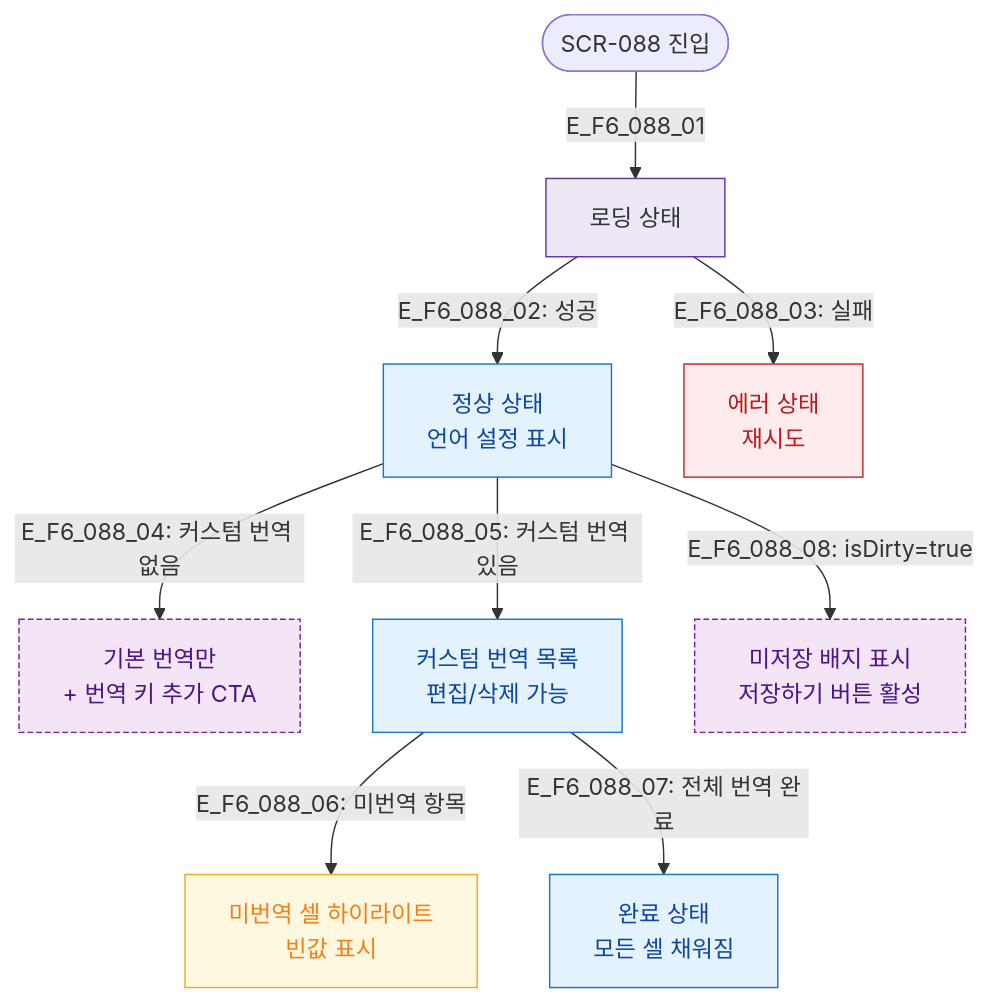
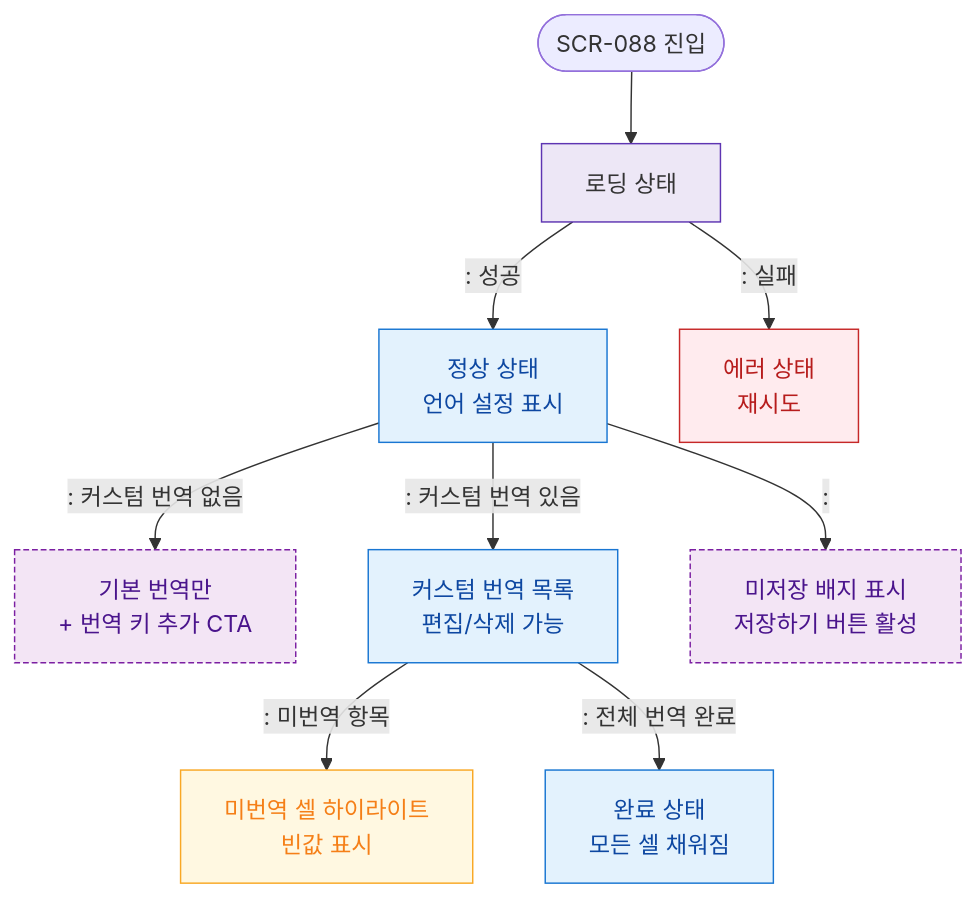
Before and after one commit to dev-spogym/admin-pando: the diagram in docs/다이어그램/D09_설정관리/SCR-088_다국어설정/F6_상태별화면.md, drawn with Mermaid. The commit also changed other lines of this file and 1660 other files, not shown here.

First line of the commit message:
다이어그램: 기획자/클라이언트 납품본으로 정리

````diff
--- a/docs/다이어그램/D09_설정관리/SCR-088_다국어설정/F6_상태별화면.md
+++ b/docs/다이어그램/D09_설정관리/SCR-088_다국어설정/F6_상태별화면.md
@@ -14,25 +12,25 @@
 ```mermaid
 flowchart TD
-    Entry([SCR-088 진입]) -->|E_F6_088_01| Loading[로딩 상태]
-    Loading -->|"E_F6_088_02: 성공"| Normal[정상 상태\n언어 설정 표시]
-    Loading -->|"E_F6_088_03: 실패"| ErrorState[에러 상태\n재시도]
+    Entry([SCR-088 진입]) --> Loading[로딩 상태]
+    Loading -->|": 성공"|Normal[정상 상태\n언어 설정 표시]
+    Loading -->|": 실패"|ErrorState[에러 상태\n재시도]
 
-    Normal -->|"E_F6_088_04: 커스텀 번역 없음"| DefaultOnly[기본 번역만\n+ 번역 키 추가 CTA]
-    Normal -->|"E_F6_088_05: 커스텀 번역 있음"| HasCustom[커스텀 번역 목록\n편집/삭제 가능]
+    Normal -->|": 커스텀 번역 없음"|DefaultOnly[기본 번역만\n+ 번역 키 추가 CTA]
+    Normal -->|": 커스텀 번역 있음"|HasCustom[커스텀 번역 목록\n편집/삭제 가능]
 
-    HasCustom -->|"E_F6_088_06: 미번역 항목"| Untranslated[미번역 셀 하이라이트\n빈값 표시]
-    HasCustom -->|"E_F6_088_07: 전체 번역 완료"| FullyTranslated[완료 상태\n모든 셀 채워짐]
+    HasCustom -->|": 미번역 항목"|Untranslated[미번역 셀 하이라이트\n빈값 표시]
+    HasCustom -->|": 전체 번역 완료"|FullyTranslated[완료 상태\n모든 셀 채워짐]
 
-    Normal -->|"E_F6_088_08: isDirty=true"| DirtyBadge[미저장 배지 표시\n저장하기 버튼 활성]
+    Normal -->|": "|DirtyBadge[미저장 배지 표시\n저장하기 버튼 활성]
 
     classDef screen fill:#E3F2FD,stroke:#1976D2,color:#0D47A1
     classDef newFeature fill:#F3E5F5,stroke:#7B1FA2,color:#4A148C,stroke-dasharray:4 2
     classDef error fill:#FFEBEE,stroke:#C62828,color:#B71C1C
     classDef system fill:#EDE7F6,stroke:#5E35B2
     classDef warning fill:#FFF8E1,stroke:#F9A825,color:#F57F17
     class Normal,HasCustom,FullyTranslated screen
     class DefaultOnly,DirtyBadge newFeature
     class ErrorState error
     class Loading system
     class Untranslated warning
 ```
````
